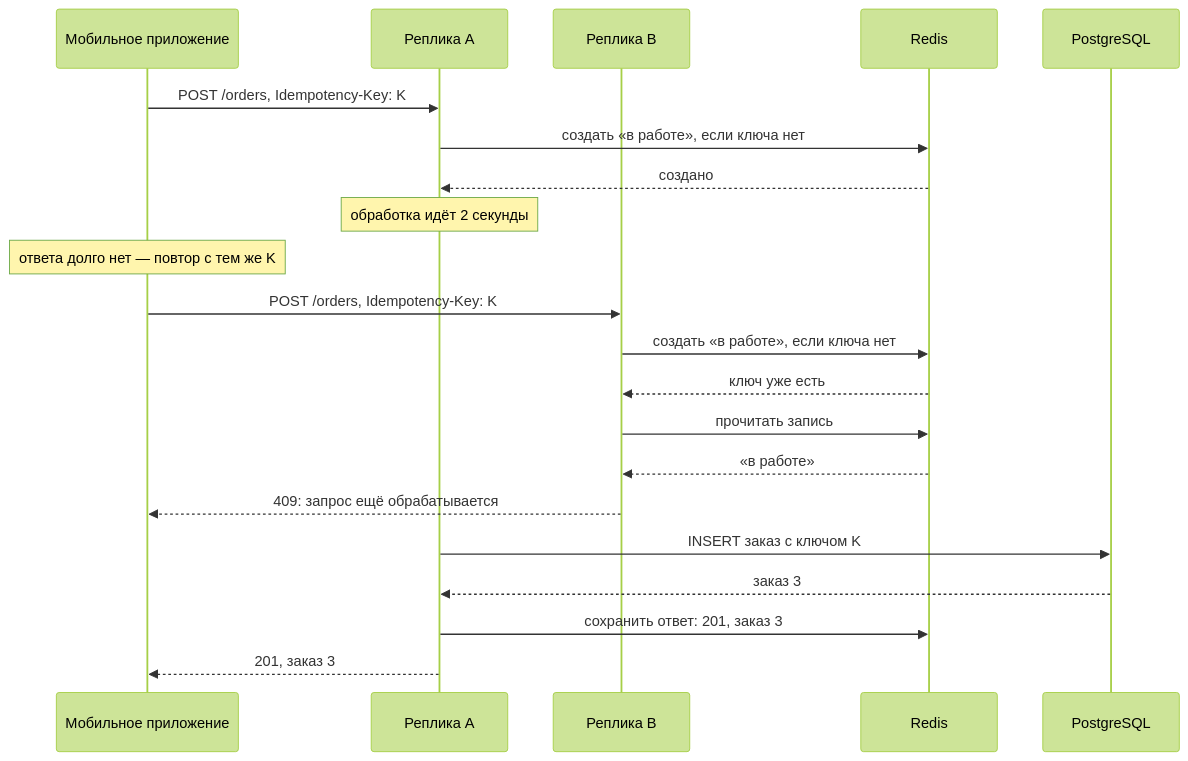
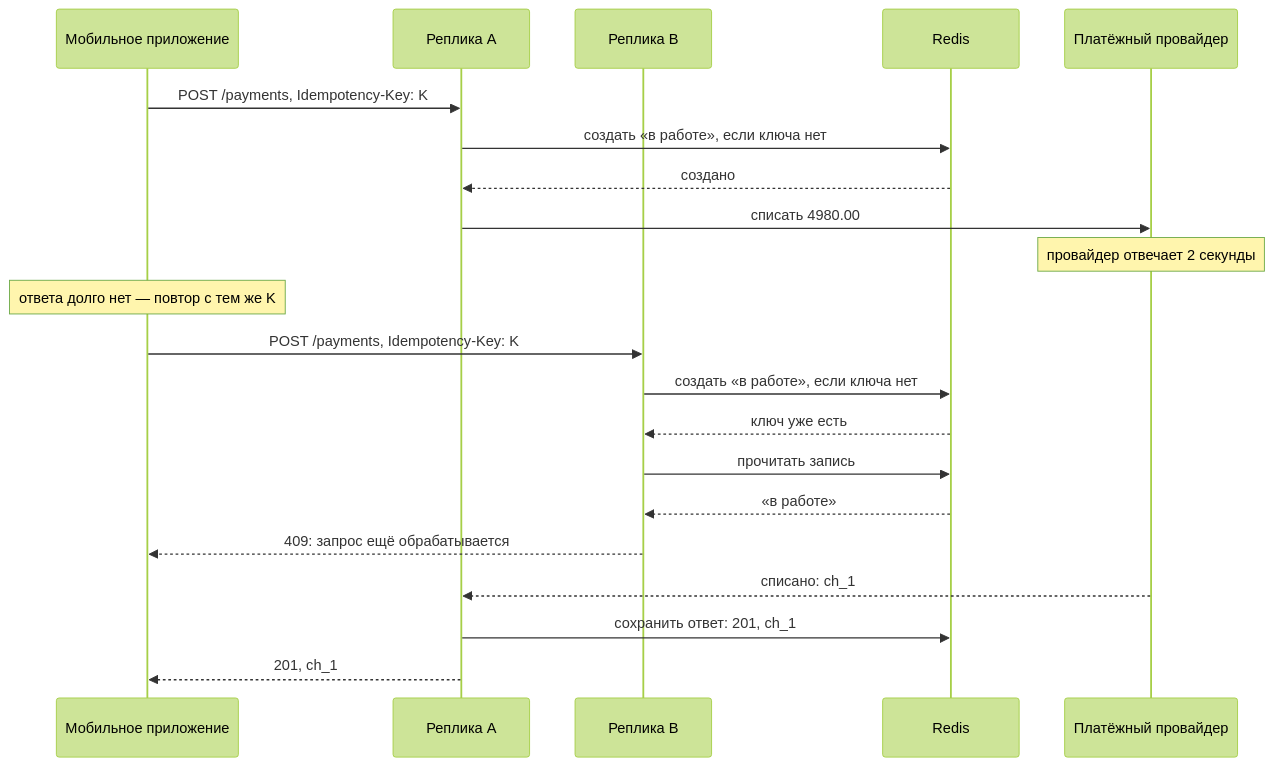
Before and after one commit to olaaa/redis-patterns-lab: the third of 5 diagrams in docs/scenarios/04-idempotency.md, drawn with Mermaid (forest theme). The commit also changed other lines of this file and 21 other files, not shown here.

````diff
--- a/docs/scenarios/04-idempotency.md
+++ b/docs/scenarios/04-idempotency.md
@@ -134,23 +124,23 @@
 ```mermaid
 sequenceDiagram
     participant C as Мобильное приложение
     participant A as Реплика A
     participant B as Реплика B
     participant R as Redis
-    participant P as PostgreSQL
-    C->>A: POST /orders, Idempotency-Key: K
+    participant X as Платёжный провайдер
+    C->>A: POST /payments, Idempotency-Key: K
     A->>R: создать «в работе», если ключа нет
     R-->>A: создано
-    Note over A: обработка идёт 2 секунды
+    A->>X: списать 4980.00
+    Note over X: провайдер отвечает 2 секунды
     Note over C: ответа долго нет — повтор с тем же K
-    C->>B: POST /orders, Idempotency-Key: K
+    C->>B: POST /payments, Idempotency-Key: K
     B->>R: создать «в работе», если ключа нет
     R-->>B: ключ уже есть
     B->>R: прочитать запись
     R-->>B: «в работе»
     B-->>C: 409: запрос ещё обрабатывается
-    A->>P: INSERT заказ с ключом K
-    P-->>A: заказ 3
-    A->>R: сохранить ответ: 201, заказ 3
-    A-->>C: 201, заказ 3
+    X-->>A: списано: ch_1
+    A->>R: сохранить ответ: 201, ch_1
+    A-->>C: 201, ch_1
 ```
````
